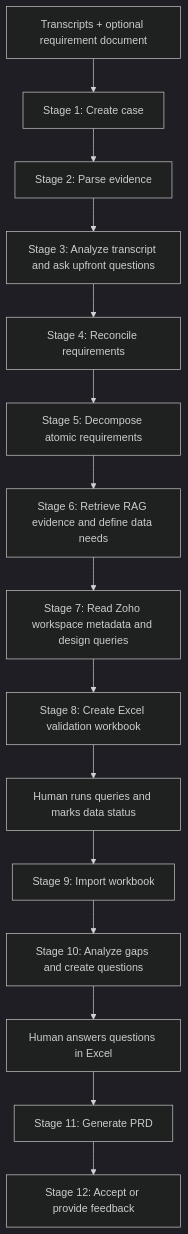
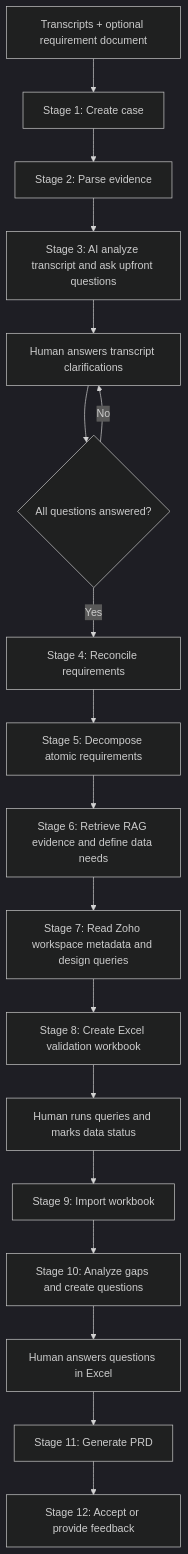
One commit to Jegapriyan07/Zoho_PRD_Automation changed the diagram in PROJECT_WORKFLOW.md. Above: the diagram before and after it, drawn with Mermaid (dark theme). The commit also changed other lines of this file and 40 other files, not shown here.

````diff
--- a/PROJECT_WORKFLOW.md
+++ b/PROJECT_WORKFLOW.md
@@ -44,17 +46,20 @@
 ```mermaid
 flowchart TD
     A[Transcripts + optional requirement document] --> B[Stage 1: Create case]
     B --> C[Stage 2: Parse evidence]
-    C --> D[Stage 3: Analyze transcript and ask upfront questions]
-    D --> E[Stage 4: Reconcile requirements]
-    E --> F[Stage 5: Decompose atomic requirements]
-    F --> G[Stage 6: Retrieve RAG evidence and define data needs]
-    G --> H[Stage 7: Read Zoho workspace metadata and design queries]
-    H --> I[Stage 8: Create Excel validation workbook]
-    I --> J[Human runs queries and marks data status]
-    J --> K[Stage 9: Import workbook]
-    K --> L[Stage 10: Analyze gaps and create questions]
-    L --> M[Human answers questions in Excel]
-    M --> N[Stage 11: Generate PRD]
-    N --> O[Stage 12: Accept or provide feedback]
+    C --> D[Stage 3: AI analyze transcript and ask upfront questions]
+    D --> E[Human answers transcript clarifications]
+    E --> F{All questions answered?}
+    F -->|Yes| G[Stage 4: Reconcile requirements]
+    F -->|No| E
+    G --> H[Stage 5: Decompose atomic requirements]
+    H --> I[Stage 6: Retrieve RAG evidence and define data needs]
+    I --> J[Stage 7: Read Zoho workspace metadata and design queries]
+    J --> K[Stage 8: Create Excel validation workbook]
+    K --> L[Human runs queries and marks data status]
+    L --> M[Stage 9: Import workbook]
+    M --> N[Stage 10: Analyze gaps and create questions]
+    N --> O[Human answers questions in Excel]
+    O --> P[Stage 11: Generate PRD]
+    P --> Q[Stage 12: Accept or provide feedback]
 ```
````
